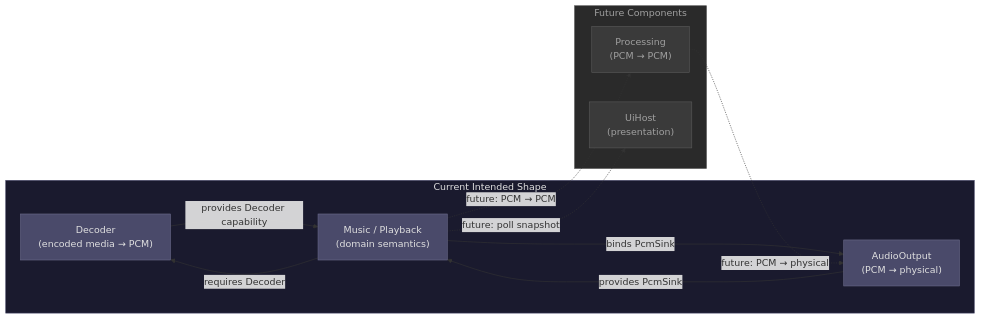
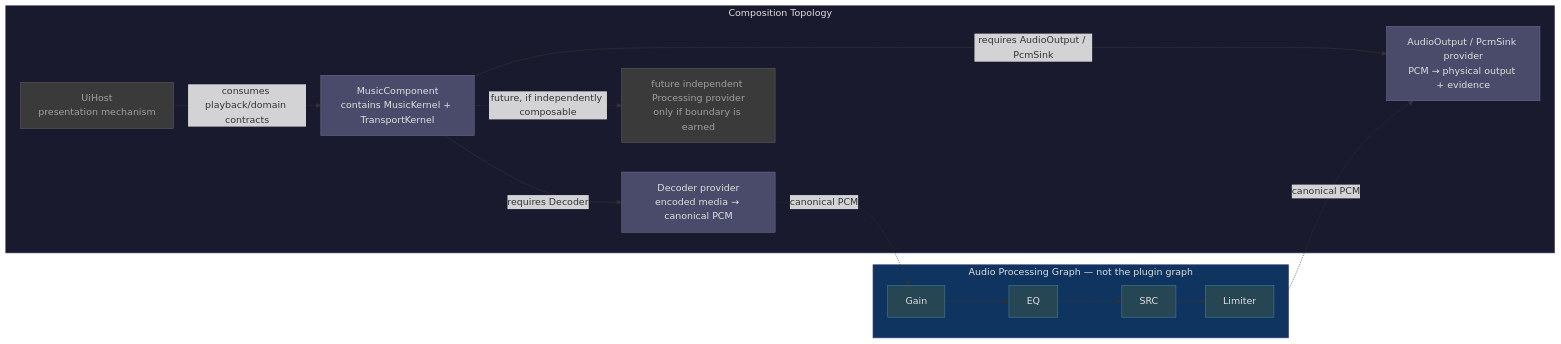
The diagram in docs/architecture/diagrams/ARCH-004-plugin-graph-v1.mmd (jnhu76/qianqian), drawn with Mermaid before and after one commit. The commit also changed 24 other files, not shown here.

Commit message:
architecture: align playback authority surfaces with ADR-PBK-001

```diff
--- a/docs/architecture/diagrams/ARCH-004-plugin-graph-v1.mmd
+++ b/docs/architecture/diagrams/ARCH-004-plugin-graph-v1.mmd
@@ -1,29 +1,31 @@
 flowchart LR
-    subgraph Current["Current Intended Shape"]
-        DEC["Decoder\n(encoded media → PCM)"]
-        MUSIC["Music / Playback\n(domain semantics)"]
-        AOUT["AudioOutput\n(PCM → physical)"]
+    subgraph Composition["Composition Topology"]
+        MUSIC["MusicComponent\ncontains MusicKernel + TransportKernel"]
+        DEC["Decoder provider\nencoded media → canonical PCM"]
+        AOUT["AudioOutput / PcmSink provider\nPCM → physical output + evidence"]
+        PROC["future independent Processing provider\nonly if boundary is earned"]
+        UH["UiHost\npresentation mechanism"]
 
-        DEC -->|"provides Decoder capability"| MUSIC
         MUSIC -->|"requires Decoder"| DEC
-        MUSIC -->|"binds PcmSink"| AOUT
-        AOUT -->|"provides PcmSink"| MUSIC
+        MUSIC -->|"requires AudioOutput / PcmSink"| AOUT
+        MUSIC -.->|"future, if independently composable"| PROC
+        UH -.->|"consumes playback/domain contracts"| MUSIC
     end
 
-    subgraph Future["Future Components"]
-        PROC["Processing\n(PCM → PCM)"]
-        UH["UiHost\n(presentation)"]
+    subgraph ProcessingGraph["Audio Processing Graph — not the plugin graph"]
+        GAIN["Gain"] --> EQ["EQ"] --> SRC["SRC"] --> LIM["Limiter"]
     end
 
-    MUSIC -.->|"future: PCM → PCM"| PROC
-    PROC -.->|"future: PCM → physical"| AOUT
-    MUSIC -.->|"future: poll snapshot"| UH
+    DEC -.->|"canonical PCM"| GAIN
+    LIM -.->|"canonical PCM"| AOUT
 
-    style Current fill:#1a1a2e,stroke:#4a4a6a,color:#e0e0e0
-    style Future fill:#2a2a2a,stroke:#5a5a5a,color:#a0a0a0
+    style Composition fill:#1a1a2e,stroke:#4a4a6a,color:#e0e0e0
+    style ProcessingGraph fill:#0f3460,stroke:#4a4a8a,color:#e0e0e0
 
     classDef current fill:#4a4a6a,stroke:#6a6a8a,color:#e0e0e0
     classDef future fill:#3a3a3a,stroke:#5a5a5a,color:#a0a0a0
+    classDef node fill:#264653,stroke:#457b9d,color:#e0e0e0
 
-    class DEC,MUSIC,AOUT current
+    class MUSIC,DEC,AOUT current
     class PROC,UH future
+    class GAIN,EQ,SRC,LIM node
```
